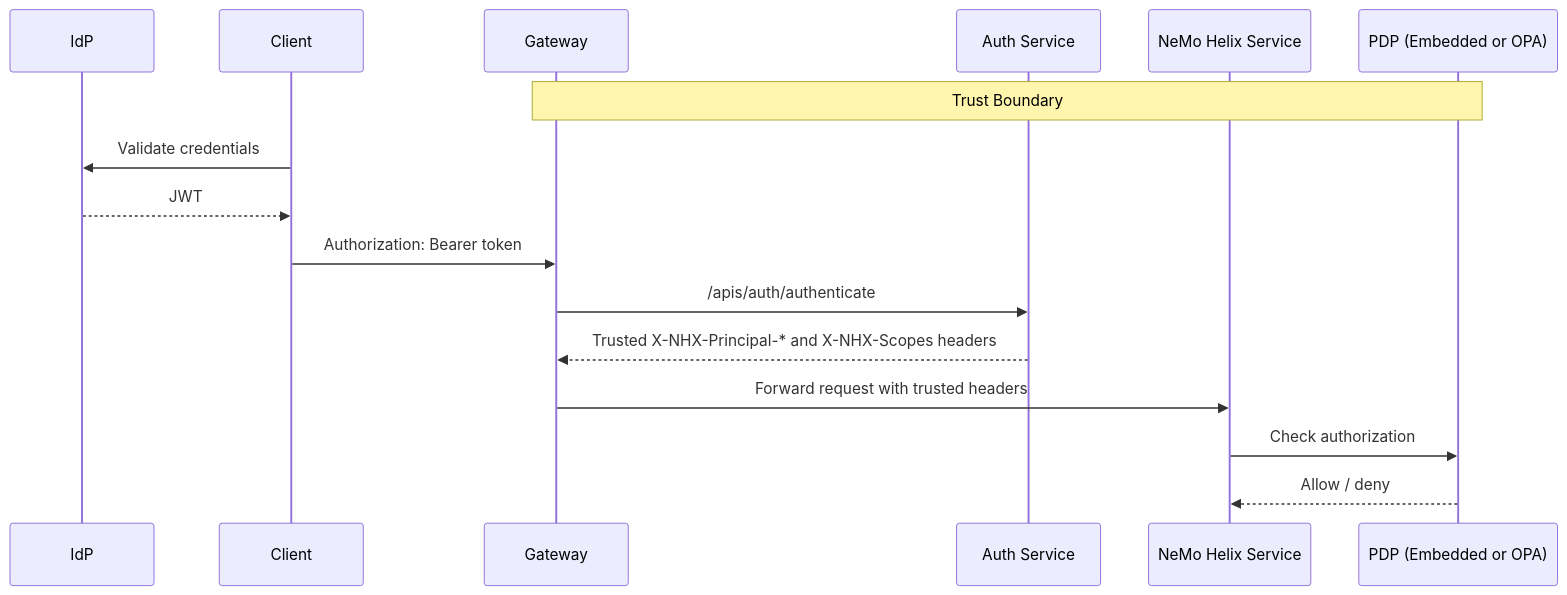
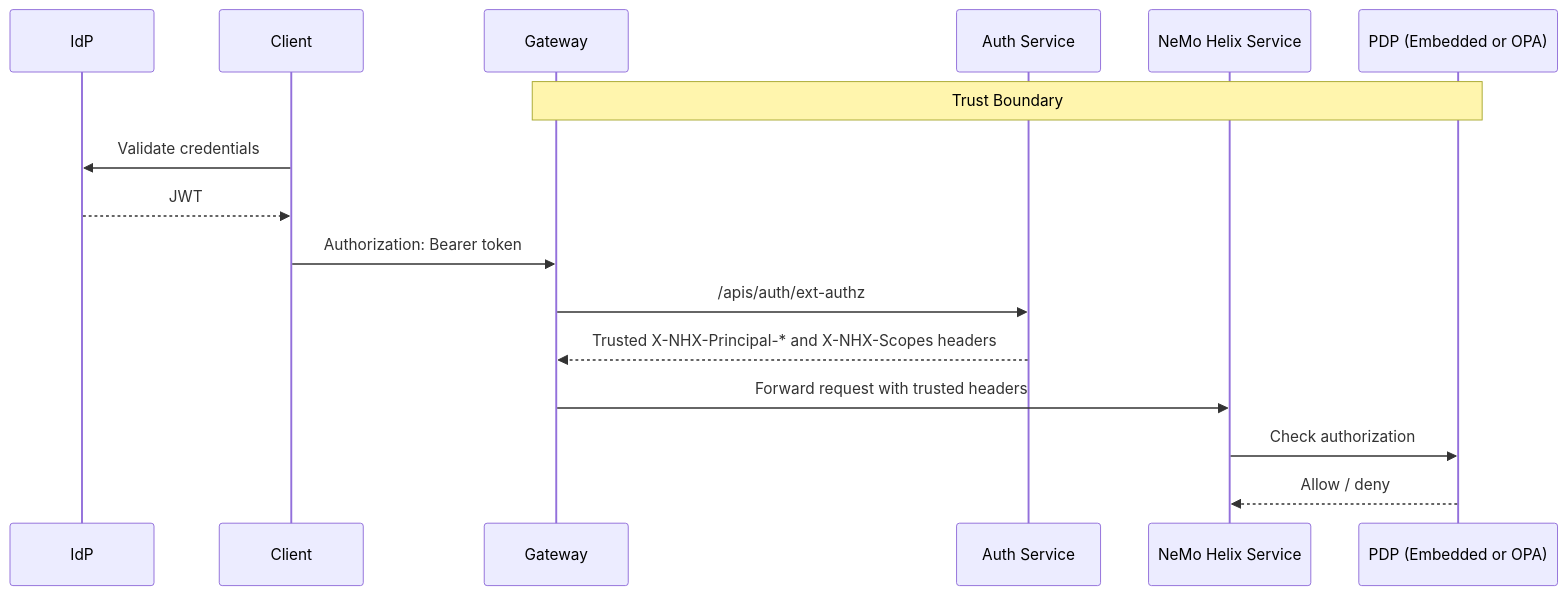
The diagram in docs/auth/security-model.mdx (NVIDIA-NeMo/nemo-helix), drawn with Mermaid before and after one commit. The commit also changed other lines of this file and 122 other files, not shown here.

````diff
--- a/docs/auth/security-model.mdx
+++ b/docs/auth/security-model.mdx
@@ -14,20 +14,20 @@
 ```mermaid
 sequenceDiagram
     participant IdP
     participant Client
     participant Gateway
     participant Auth as Auth Service
     participant Service as NeMo Helix Service
     participant PDP as PDP (Embedded or OPA)
 
     Note over Gateway,PDP: Trust Boundary
 
     Client->>IdP: Validate credentials
     IdP-->>Client: JWT
     Client->>Gateway: Authorization: Bearer token
-    Gateway->>Auth: /apis/auth/authenticate
+    Gateway->>Auth: /apis/auth/ext-authz
     Auth-->>Gateway: Trusted X-NHX-Principal-* and X-NHX-Scopes headers
     Gateway->>Service: Forward request with trusted headers
     Service->>PDP: Check authorization
     PDP-->>Service: Allow / deny
 ```
````
